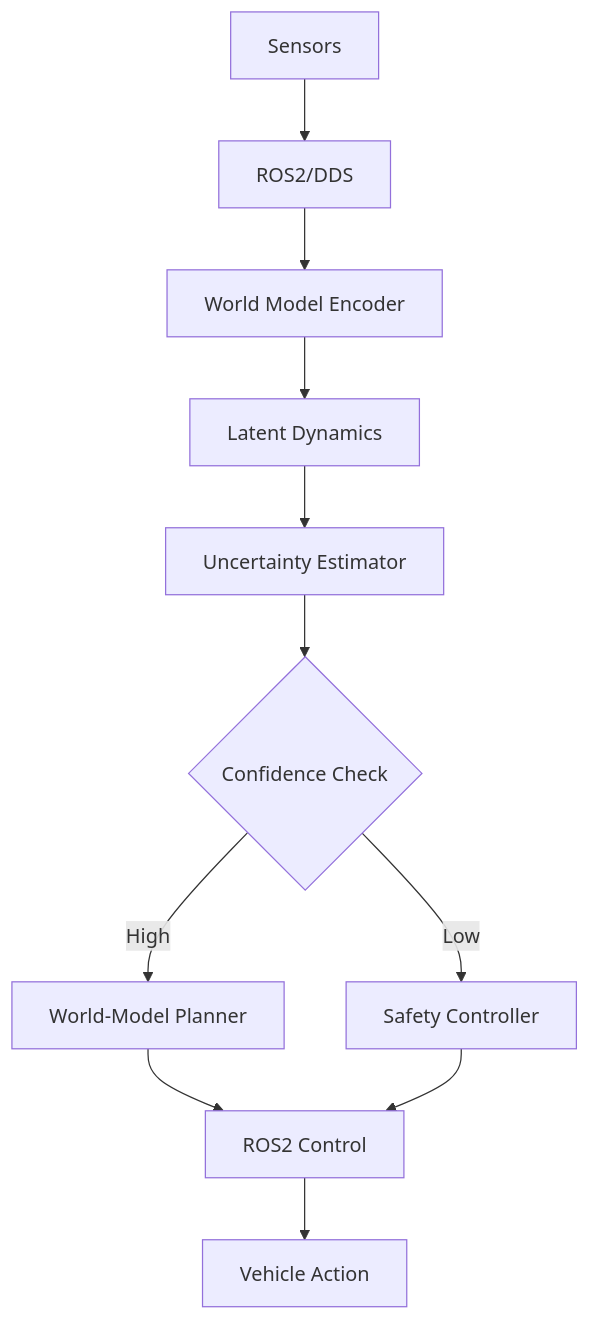
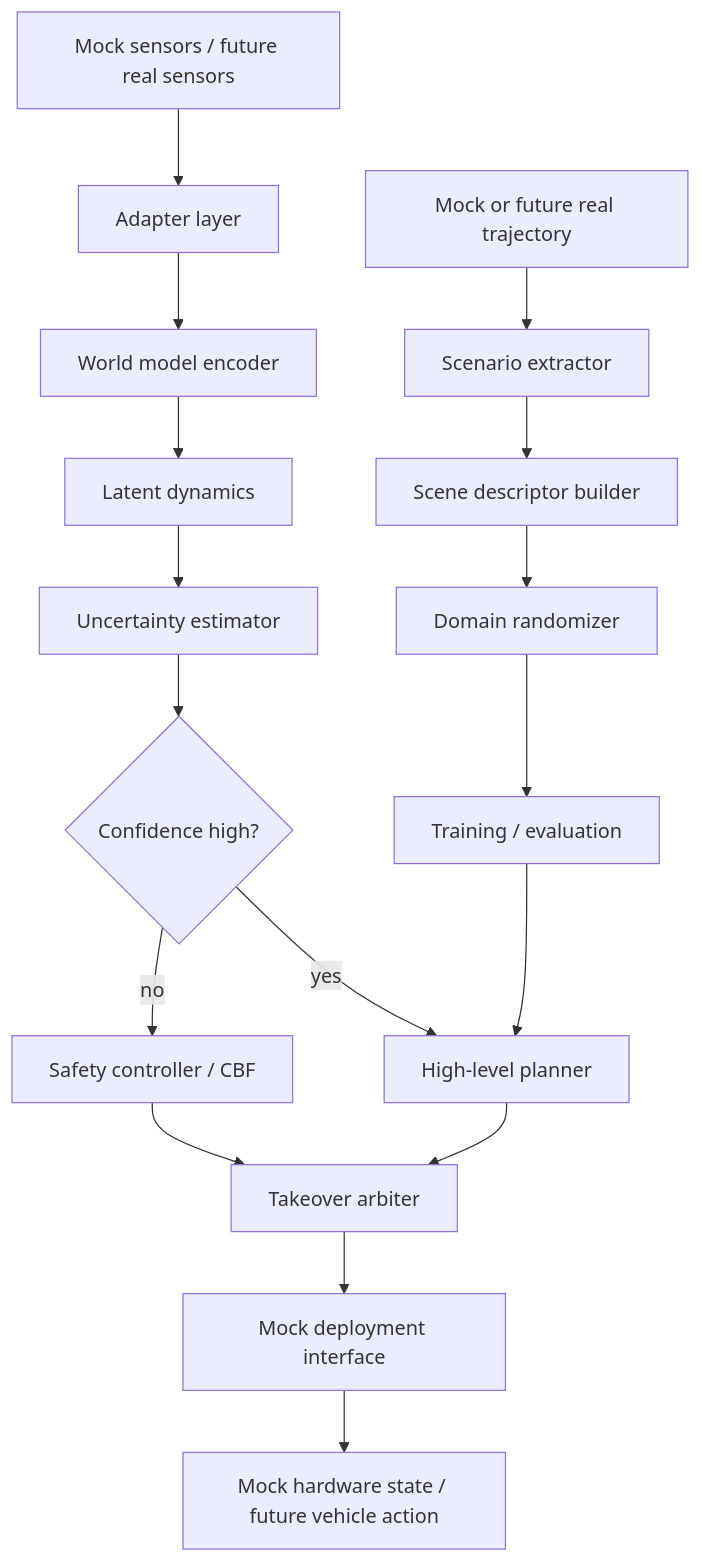
Before and after one commit to Neura-Shadow/GWM-UAV-Navigation-Sparse-Rewards: the diagram in docs/architecture.md, drawn with Mermaid. The commit also changed other lines of this file and 10 other files, not shown here.

````diff
--- a/docs/architecture.md
+++ b/docs/architecture.md
@@ -26,13 +24,20 @@
 ```mermaid
 flowchart TD
-    A[Sensors] --> B[ROS2/DDS]
-    B --> C[World Model Encoder]
-    C --> D[Latent Dynamics]
-    D --> E[Uncertainty Estimator]
-    E --> F{Confidence Check}
-    F -- High --> G[World-Model Planner]
-    F -- Low --> H[Safety Controller]
-    G --> I[ROS2 Control]
+    A["Mock sensors / future real sensors"] --> B["Adapter layer"]
+    B --> C["World model encoder"]
+    C --> D["Latent dynamics"]
+    D --> E["Uncertainty estimator"]
+    E --> F{"Confidence high?"}
+    F -- "yes" --> G["High-level planner"]
+    F -- "no" --> H["Safety controller / CBF"]
+    G --> I["Takeover arbiter"]
     H --> I
-    I --> J[Vehicle Action]
+    I --> J["Mock deployment interface"]
+    J --> K["Mock hardware state / future vehicle action"]
+
+    L["Mock or future real trajectory"] --> M["Scenario extractor"]
+    M --> N["Scene descriptor builder"]
+    N --> O["Domain randomizer"]
+    O --> P["Training / evaluation"]
+    P --> G
 ```
````
